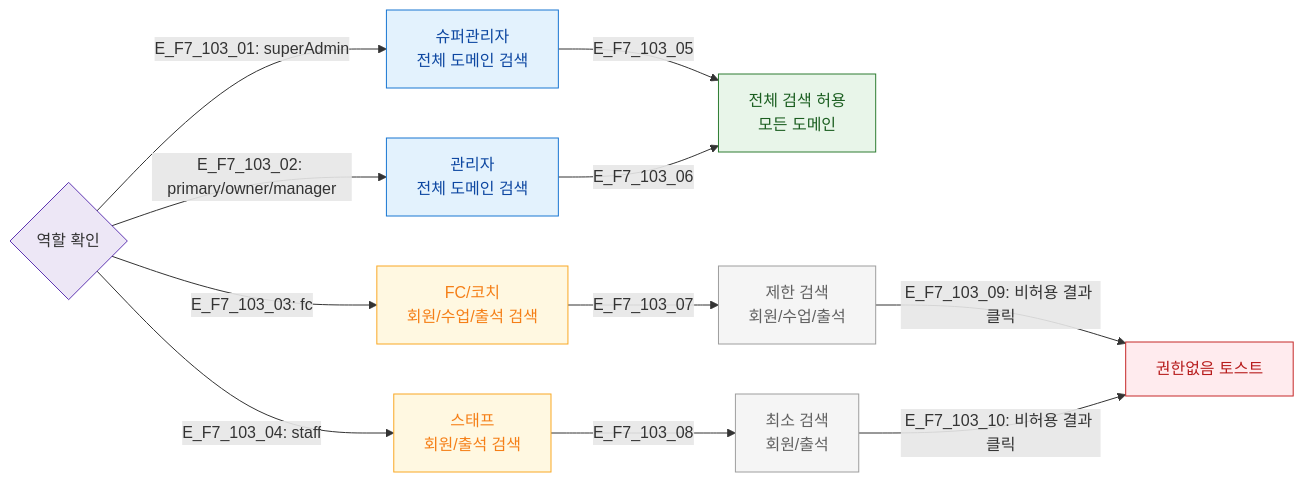
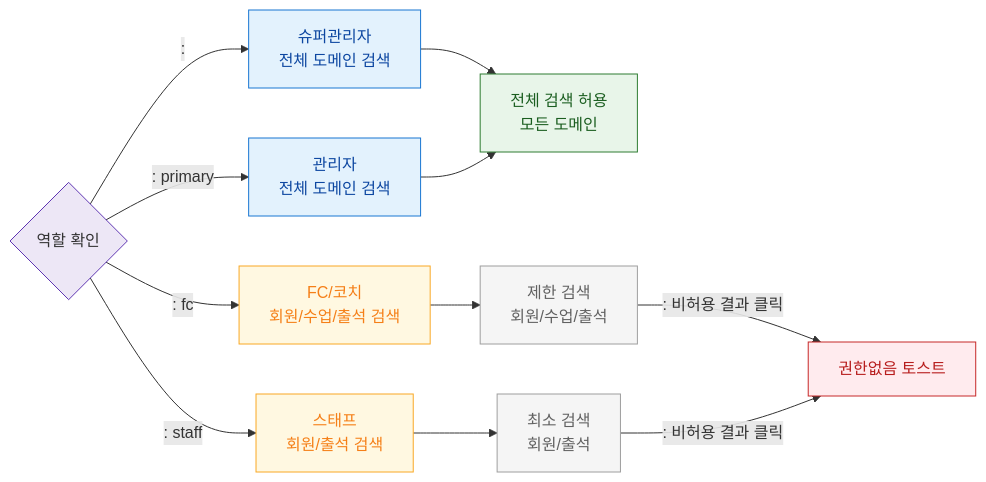
The diagram in docs/다이어그램/D01_공통/SCR-103_글로벌검색/F7_권한.md (dev-spogym/admin-pando), drawn with Mermaid before and after one commit. The commit also changed other lines of this file and 1660 other files, not shown here.

First line of the commit message:
다이어그램: 기획자/클라이언트 납품본으로 정리

````diff
--- a/docs/다이어그램/D01_공통/SCR-103_글로벌검색/F7_권한.md
+++ b/docs/다이어그램/D01_공통/SCR-103_글로벌검색/F7_권한.md
@@ -19,30 +17,30 @@
 ```mermaid
 flowchart LR
     ROLE{역할 확인}
 
-    ROLE -->|"E_F7_103_01: superAdmin"| SA[슈퍼관리자\n전체 도메인 검색]
-    ROLE -->|"E_F7_103_02: primary/owner/manager"| MG[관리자\n전체 도메인 검색]
-    ROLE -->|"E_F7_103_03: fc"| FC[FC/코치\n회원/수업/출석 검색]
-    ROLE -->|"E_F7_103_04: staff"| ST[스태프\n회원/출석 검색]
+    ROLE -->|": "|SA[슈퍼관리자\n전체 도메인 검색]
+    ROLE -->|": primary"|MG[관리자\n전체 도메인 검색]
+    ROLE -->|": fc"|FC[FC/코치\n회원/수업/출석 검색]
+    ROLE -->|": staff"|ST[스태프\n회원/출석 검색]
 
-    SA -->|E_F7_103_05| SEARCH_FULL[전체 검색 허용\n모든 도메인]
-    MG -->|E_F7_103_06| SEARCH_FULL
-    FC -->|E_F7_103_07| SEARCH_LIMITED[제한 검색\n회원/수업/출석]
-    ST -->|E_F7_103_08| SEARCH_MINIMAL[최소 검색\n회원/출석]
+    SA --> SEARCH_FULL[전체 검색 허용\n모든 도메인]
+    MG --> SEARCH_FULL
+    FC --> SEARCH_LIMITED[제한 검색\n회원/수업/출석]
+    ST --> SEARCH_MINIMAL[최소 검색\n회원/출석]
 
-    SEARCH_LIMITED -->|"E_F7_103_09: 비허용 결과 클릭"| BLOCKED[권한없음 토스트]
-    SEARCH_MINIMAL -->|"E_F7_103_10: 비허용 결과 클릭"| BLOCKED
+    SEARCH_LIMITED -->|": 비허용 결과 클릭"|BLOCKED[권한없음 토스트]
+    SEARCH_MINIMAL -->|": 비허용 결과 클릭"|BLOCKED
 
-    classDef screen      fill:#E3F2FD,stroke:#1976D2,color:#0D47A1
-    classDef success     fill:#E8F5E9,stroke:#2E7D32,color:#1B5E20
-    classDef warning     fill:#FFF8E1,stroke:#F9A825,color:#F57F17
-    classDef error       fill:#FFEBEE,stroke:#C62828,color:#B71C1C
+    classDef screen fill:#E3F2FD,stroke:#1976D2,color:#0D47A1
+    classDef success fill:#E8F5E9,stroke:#2E7D32,color:#1B5E20
+    classDef warning fill:#FFF8E1,stroke:#F9A825,color:#F57F17
+    classDef error fill:#FFEBEE,stroke:#C62828,color:#B71C1C
     classDef rbacBlocked fill:#F5F5F5,stroke:#9E9E9E,color:#616161
-    classDef system      fill:#EDE7F6,stroke:#5E35B2
+    classDef system fill:#EDE7F6,stroke:#5E35B2
     class SA,MG screen
     class FC,ST warning
     class SEARCH_FULL success
     class SEARCH_LIMITED,SEARCH_MINIMAL rbacBlocked
     class BLOCKED error
     class ROLE system
 ```
````
